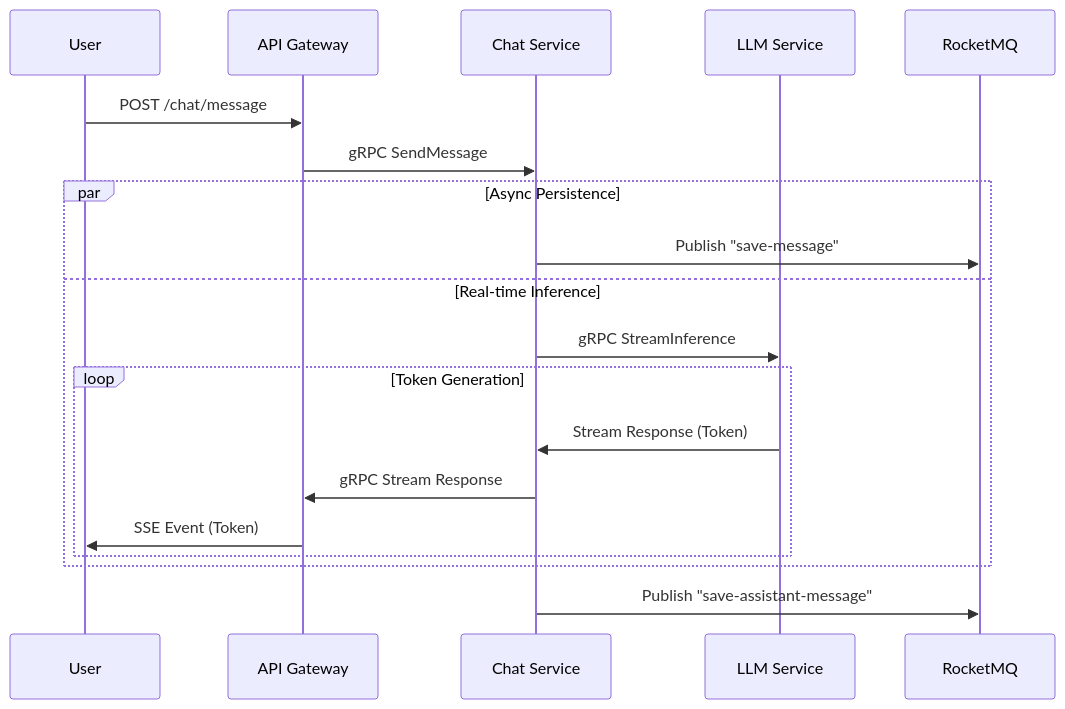
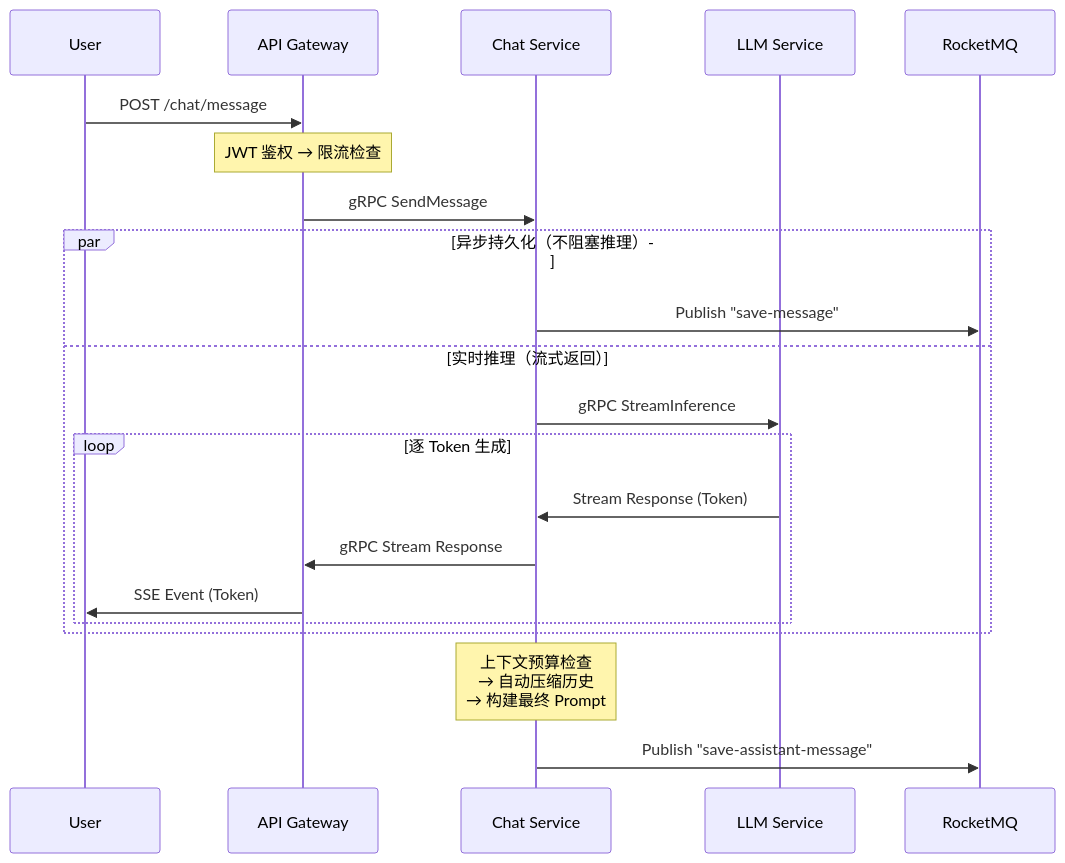
One commit to Einspanner123/free-chat changed the third of 3 diagrams in README.md. Above: the diagram before and after it, drawn with Mermaid. The commit also changed other lines of this file and 1 other file, not shown here.

First line of the commit message:
docs: rewrite README from product and architecture perspective

````diff
--- a/README.md
+++ b/README.md
@@ -39,25 +152,29 @@
 ```mermaid
 sequenceDiagram
     participant U as User
     participant G as API Gateway
     participant C as Chat Service
     participant L as LLM Service
     participant M as RocketMQ
     
     U->>G: POST /chat/message
+    
+    Note over G: JWT 鉴权 → 限流检查
     G->>C: gRPC SendMessage
     
-    par Async Persistence
+    par 异步持久化（不阻塞推理）
         C->>M: Publish "save-message"
-    and Real-time Inference
+    and 实时推理（流式返回）
         C->>L: gRPC StreamInference
         
-        loop Token Generation
+        loop 逐 Token 生成
             L->>C: Stream Response (Token)
             C->>G: gRPC Stream Response
             G->>U: SSE Event (Token)
         end
     end
     
+    Note over C: 上下文预算检查<br/>→ 自动压缩历史<br/>→ 构建最终 Prompt
+    
     C->>M: Publish "save-assistant-message"
 ```
````
